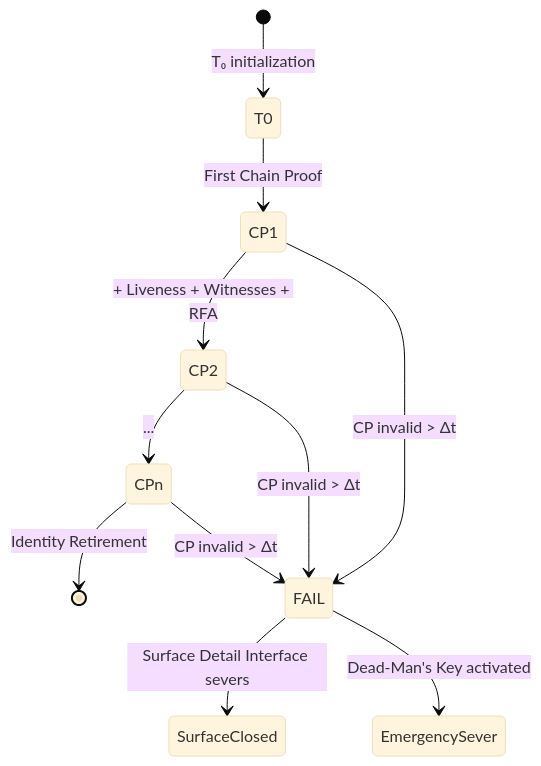
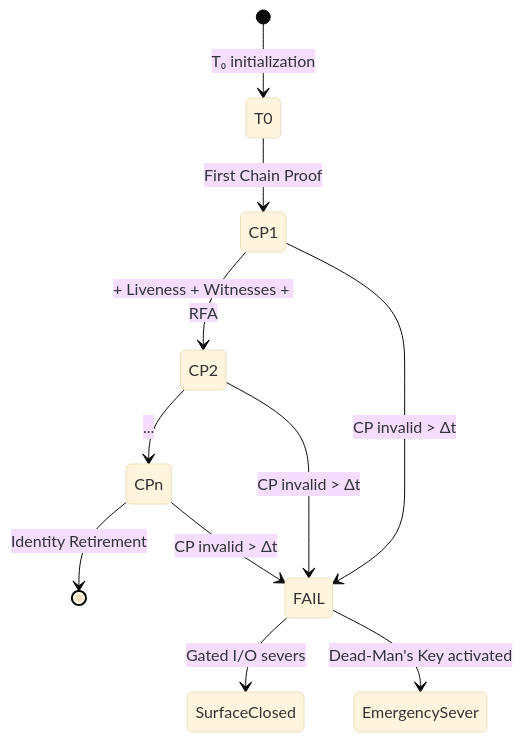
One commit to Z0rlord/the-membrane changed the second of 2 diagrams in docs/the-membrane-complete.md. Above: the diagram before and after it, drawn with Mermaid (base theme). The commit also changed other lines of this file and 4 other files, not shown here.

````diff
--- a/docs/the-membrane-complete.md
+++ b/docs/the-membrane-complete.md
@@ -326,14 +331,14 @@
 ```mermaid
 stateDiagram-v2
  [*] --> T0: T₀ initialization
  T0 --> CP1: First Chain Proof
  CP1 --> CP2: + Liveness + Witnesses + RFA
  CP2 --> CPn: ...
  CPn --> [*]: Identity Retirement
 
  CP1 --> FAIL: CP invalid > Δt
  CP2 --> FAIL: CP invalid > Δt
  CPn --> FAIL: CP invalid > Δt
- FAIL --> SurfaceClosed: Surface Detail Interface severs
+ FAIL --> SurfaceClosed: Gated I/O severs
  FAIL --> EmergencySever: Dead-Man's Key activated
 ```
````
